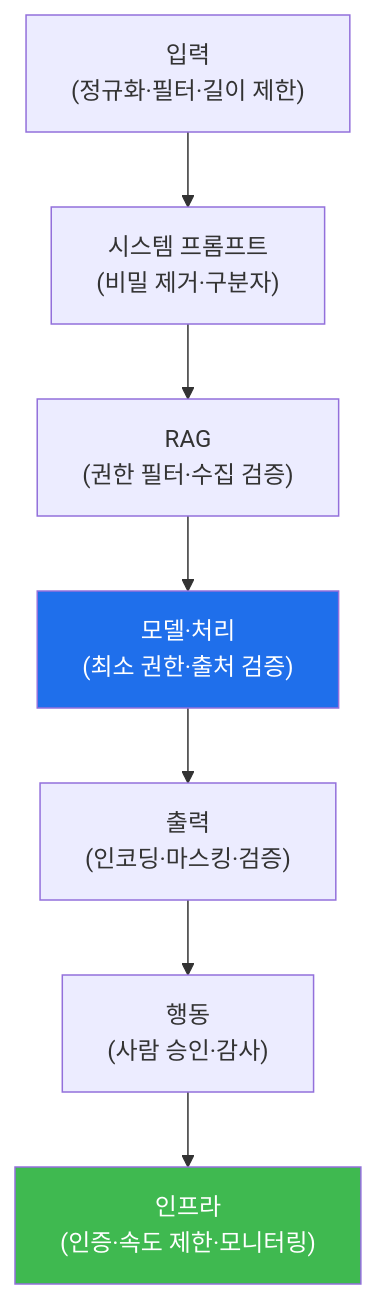
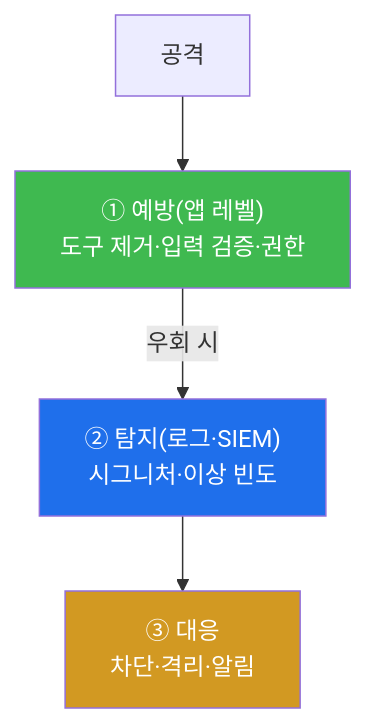
One commit to mrgrit/tw2 changed the first of 3 diagrams in contents/training/ai-service-pentest/lecture_week14.md. Above: the diagram before and after it, drawn with Mermaid. The commit also changed other lines of this file and 304 other files, not shown here.

````diff
--- a/contents/training/ai-service-pentest/lecture_week14.md
+++ b/contents/training/ai-service-pentest/lecture_week14.md
@@ -57,11 +65,9 @@
 ```mermaid
 graph TD
-    IN["입력<br/>(정규화·필터·길이 제한)"] --> SP["시스템 프롬프트<br/>(비밀 제거·구분자)"]
-    SP --> RAG["RAG<br/>(권한 필터·수집 검증)"]
-    RAG --> M["모델·처리<br/>(최소 권한·출처 검증)"]
-    M --> OUT["출력<br/>(인코딩·마스킹·검증)"]
-    OUT --> ACT["행동<br/>(사람 승인·감사)"]
-    ACT --> INF["인프라<br/>(인증·속도 제한·모니터링)"]
-    style M fill:#1f6feb,color:#fff
-    style INF fill:#3fb950,color:#fff
+    A["공격"] --> P["① 예방(앱 레벨)<br/>도구 제거·입력 검증·권한"]
+    P -->|"우회 시"| D["② 탐지(로그·SIEM)<br/>시그니처·이상 빈도"]
+    D --> R["③ 대응<br/>차단·격리·알림"]
+    style P fill:#3fb950,color:#fff
+    style D fill:#1f6feb,color:#fff
+    style R fill:#d29922,color:#fff
 ```
````
